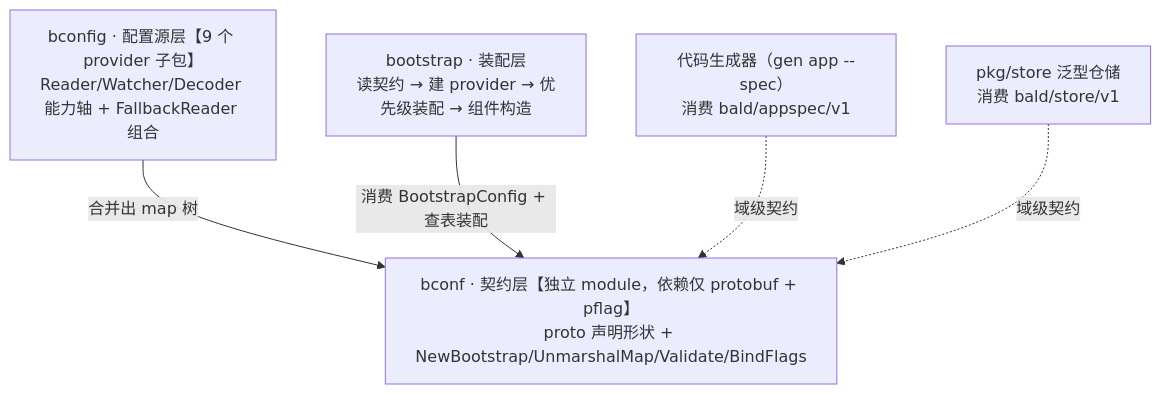
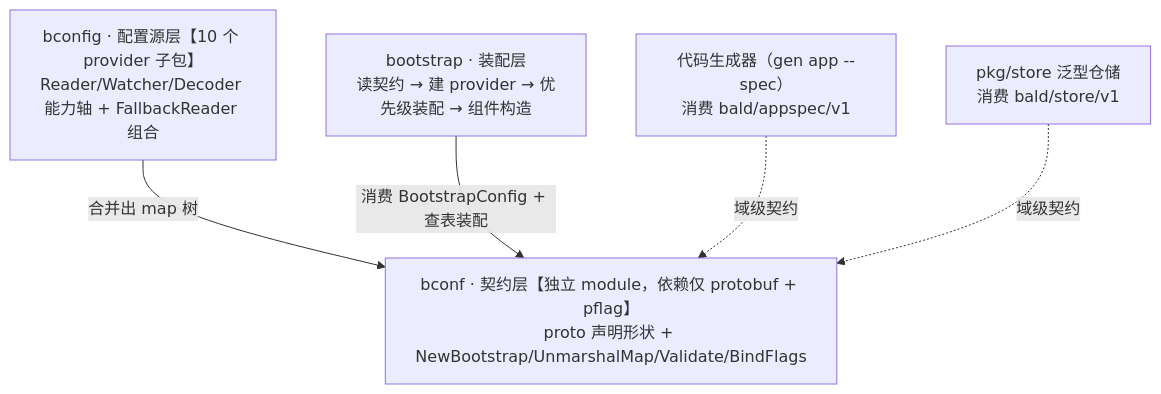
The diagram in docs/devel/zh-CN/Bald 配置契约设计.md (kalandramo/bald), drawn with Mermaid before and after one commit. The commit also changed other lines of this file and 8 other files, not shown here.

````diff
--- a/docs/devel/zh-CN/Bald 配置契约设计.md
+++ b/docs/devel/zh-CN/Bald 配置契约设计.md
@@ -34,17 +34,17 @@
 ```mermaid
 flowchart TB
     BCONF["bconf · 契约层【独立 module，依赖仅 protobuf + pflag】<br/>proto 声明形状 + NewBootstrap/UnmarshalMap/Validate/BindFlags"]
 
-    BCONFIG["bconfig · 配置源层【9 个 provider 子包】<br/>Reader/Watcher/Decoder 能力轴 + FallbackReader 组合"]
+    BCONFIG["bconfig · 配置源层【10 个 provider 子包】<br/>Reader/Watcher/Decoder 能力轴 + FallbackReader 组合"]
 
     BOOT["bootstrap · 装配层<br/>读契约 → 建 provider → 优先级装配 → 组件构造"]
 
     APPSPEC["代码生成器（gen app --spec）<br/>消费 bald/appspec/v1"]
 
     STOREV1["pkg/store 泛型仓储<br/>消费 bald/store/v1"]
 
     BCONFIG -->|"合并出 map 树"| BCONF
     BOOT -->|"消费 BootstrapConfig + 查表装配"| BCONF
     APPSPEC -.->|域级契约| BCONF
     STOREV1 -.->|域级契约| BCONF
 ```
````
